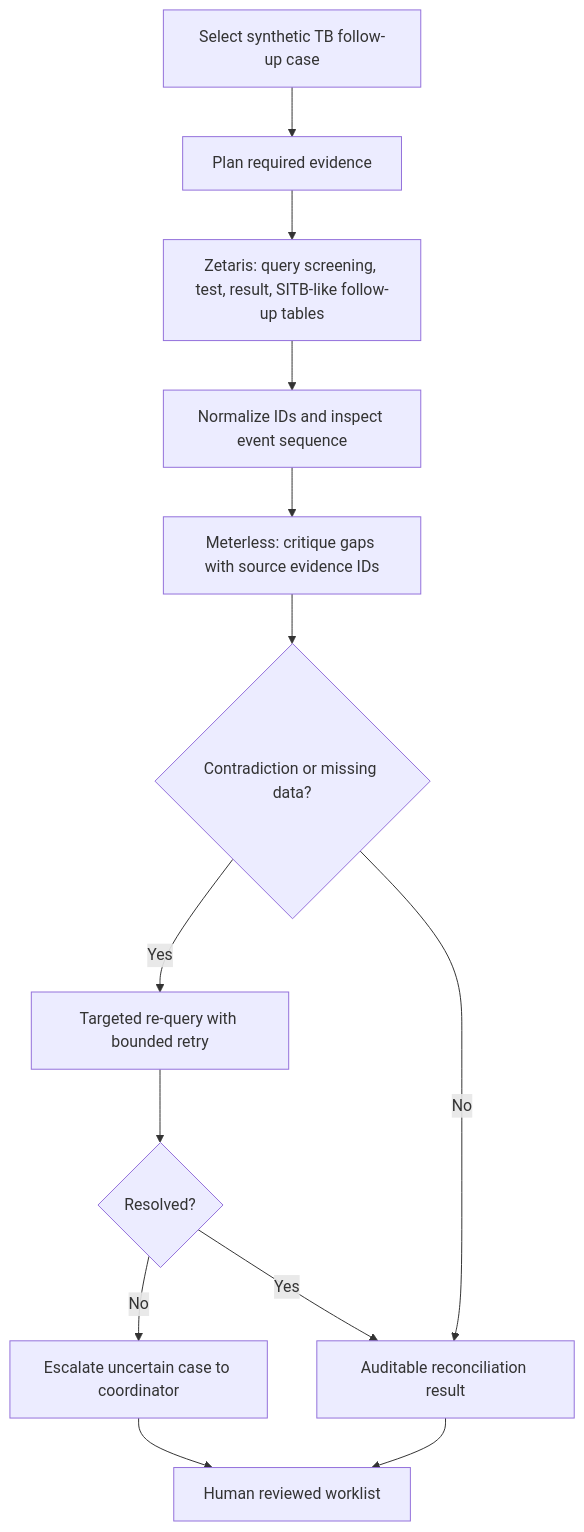
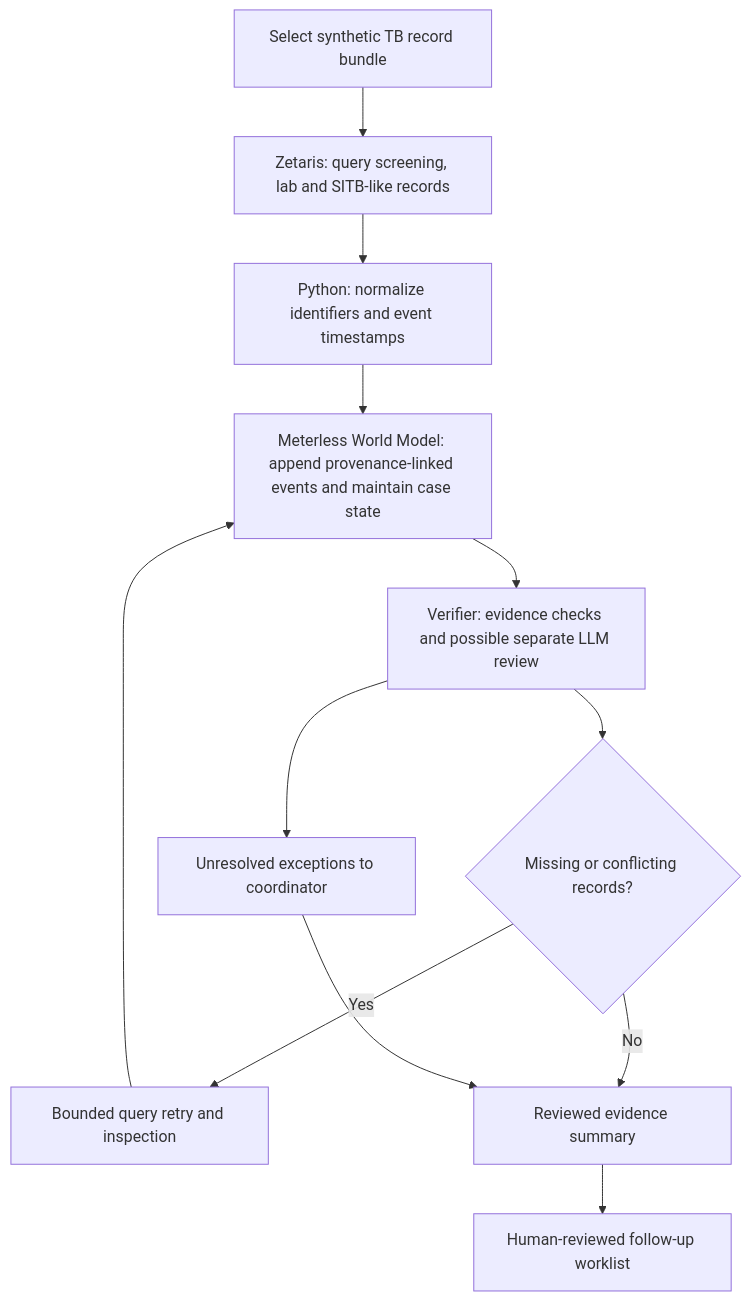
Before and after one commit to Z-bros/open-agent-id-health: the diagram in docs/architecture.md, drawn with Mermaid. The commit also changed other lines of this file, not shown here.

Commit message:
docs: align TB-CareFlow sponsor plan to provided Zetaris and Meterless repositories

````diff
--- a/docs/architecture.md
+++ b/docs/architecture.md
@@ -3,15 +3,14 @@
 ```mermaid
 flowchart TD
-  A[Select synthetic TB follow-up case] --> P[Plan required evidence]
-  P --> Z[Zetaris: query screening, test, result, SITB-like follow-up tables]
-  Z --> V[Normalize IDs and inspect event sequence]
-  V --> M[Meterless: critique gaps with source evidence IDs]
-  M --> D{Contradiction or missing data?}
-  D -- Yes --> R[Targeted re-query with bounded retry]
-  R --> E{Resolved?}
-  E -- No --> H[Escalate uncertain case to coordinator]
-  E -- Yes --> O[Auditable reconciliation result]
-  D -- No --> O
-  O --> U[Human reviewed worklist]
-  H --> U
+  A[Select synthetic TB record bundle] --> Z[Zetaris: query screening, lab and SITB-like records]
+  Z --> N[Python: normalize identifiers and event timestamps]
+  N --> W[Meterless World Model: append provenance-linked events and maintain case state]
+  W --> V[Verifier: evidence checks and possible separate LLM review]
+  V --> D{Missing or conflicting records?}
+  D -- Yes --> R[Bounded query retry and inspection]
+  R --> W
+  D -- No --> Q[Reviewed evidence summary]
+  V --> H[Unresolved exceptions to coordinator]
+  H --> Q
+  Q --> U[Human-reviewed follow-up worklist]
 ```
````
